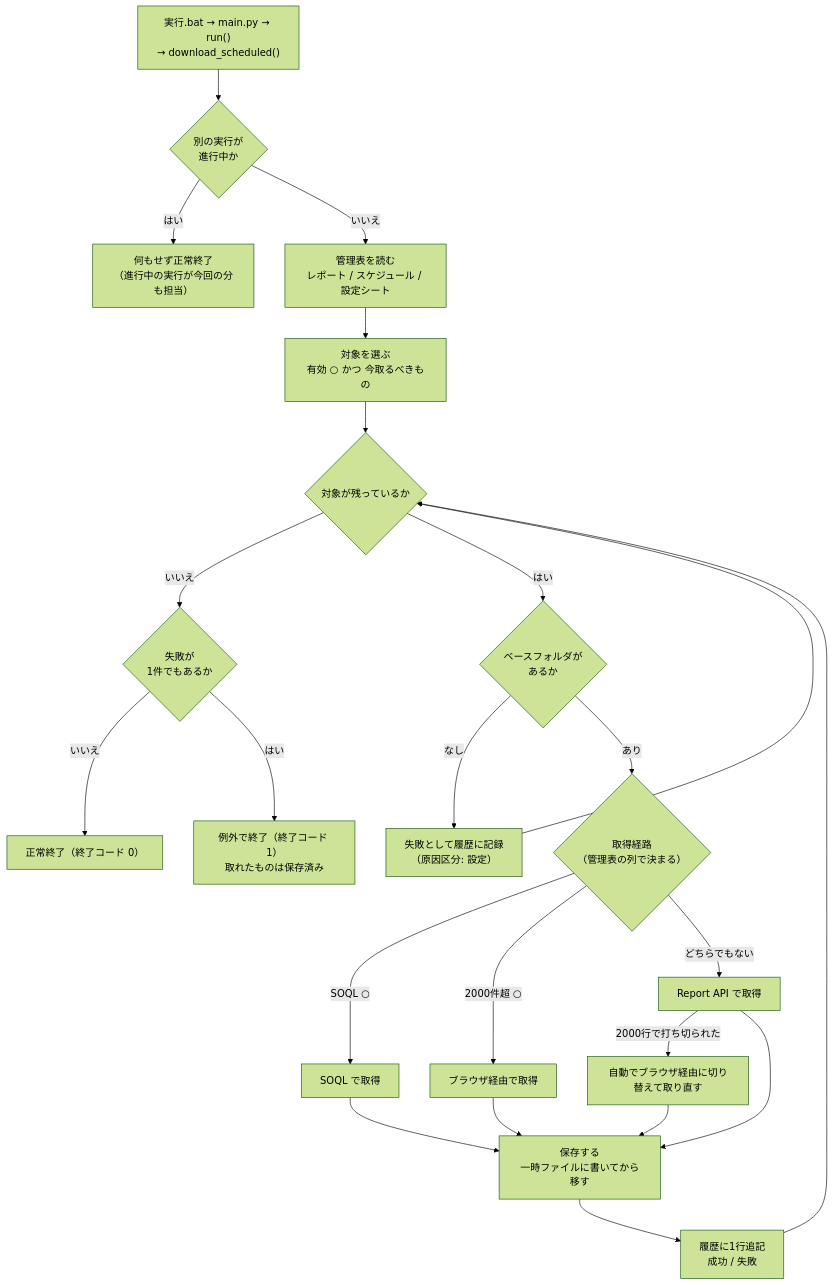
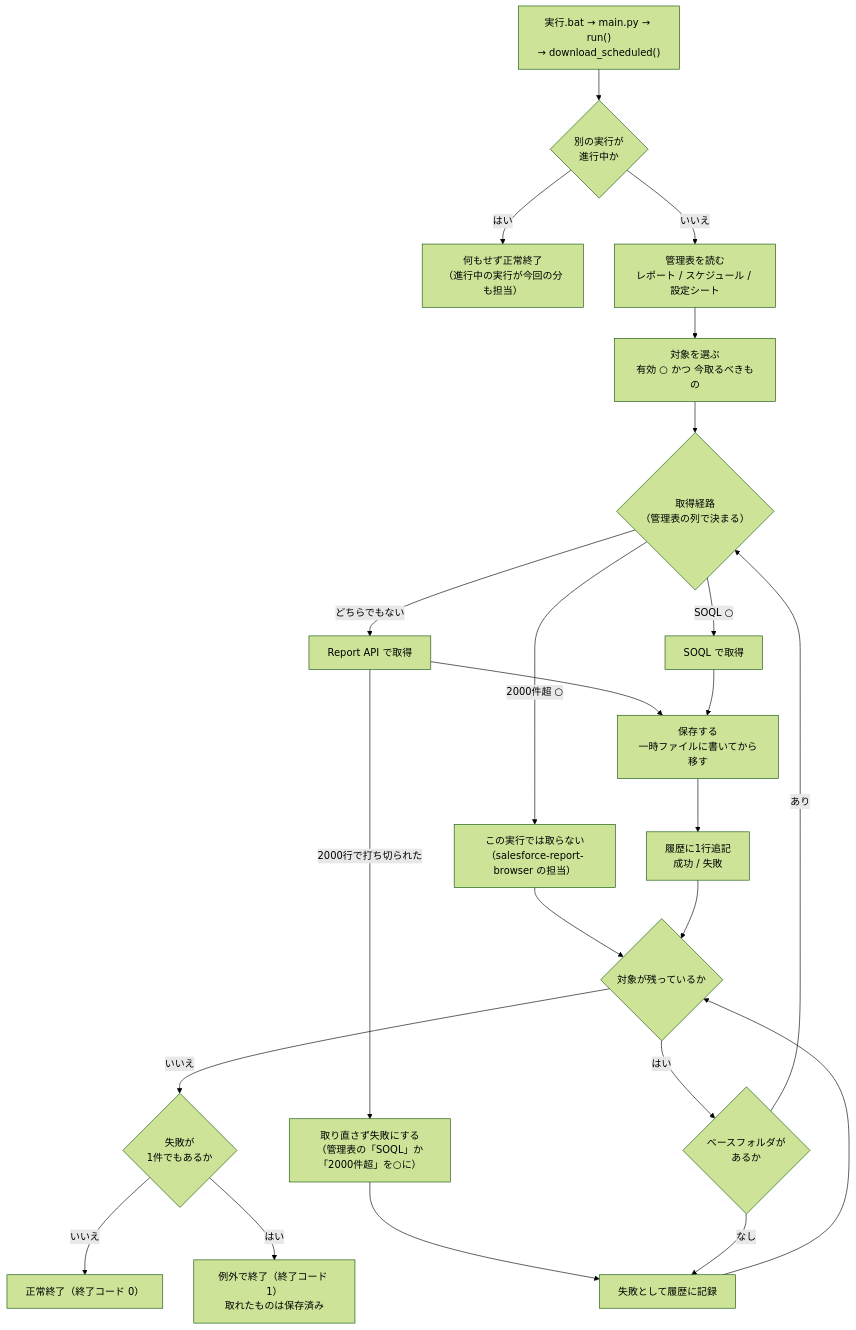
The second of 3 diagrams in docs/salesforce-downloader.md (tenniscorecom/salesforce-report-downloader), drawn with Mermaid (forest theme) before and after one commit. The commit also changed other lines of this file and 19 other files, not shown here.

````diff
--- a/docs/salesforce-downloader.md
+++ b/docs/salesforce-downloader.md
@@ -95,25 +97,25 @@
 ```mermaid
 flowchart TD
     START["実行.bat → main.py → run()<br/>→ download_scheduled()"] --> LOCK{"別の実行が<br/>進行中か"}
     LOCK -- "はい" --> SKIP["何もせず正常終了<br/>（進行中の実行が今回の分も担当）"]
     LOCK -- "いいえ" --> READ["管理表を読む<br/>レポート / スケジュール / 設定シート"]
     READ --> SELECT["対象を選ぶ<br/>有効 ○ かつ 今取るべきもの"]
-    SELECT --> LOOP{"対象が残っているか"}
+    SELECT --> ROUTE{"取得経路<br/>（管理表の列で決まる）"}
+    ROUTE -- "SOQL ○" --> SOQL["SOQL で取得"]
+    ROUTE -- "2000件超 ○" --> BSKIP["この実行では取らない<br/>（salesforce-report-browser の担当）"]
+    ROUTE -- "どちらでもない" --> API["Report API で取得"]
+    API -- "2000行で打ち切られた" --> TRUNC["取り直さず失敗にする<br/>（管理表の「SOQL」か「2000件超」を○に）"]
+    API --> SAVE
+    SOQL --> SAVE
+    TRUNC --> FAIL
+    SAVE["保存する<br/>一時ファイルに書いてから移す"] --> HIST["履歴に1行追記<br/>成功 / 失敗"]
+    FAIL["失敗として履歴に記録"] --> LOOP{"対象が残っているか"}
+    BSKIP --> LOOP
+    HIST --> LOOP
     LOOP -- "いいえ" --> FIN{"失敗が<br/>1件でもあるか"}
     LOOP -- "はい" --> FOLDER{"ベースフォルダが<br/>あるか"}
-    FOLDER -- "なし" --> FAIL["失敗として履歴に記録<br/>（原因区分: 設定）"]
-    FOLDER -- "あり" --> ROUTE{"取得経路<br/>（管理表の列で決まる）"}
-    ROUTE -- "SOQL ○" --> SOQL["SOQL で取得"]
-    ROUTE -- "2000件超 ○" --> BROWSER["ブラウザ経由で取得"]
-    ROUTE -- "どちらでもない" --> API["Report API で取得"]
-    API -- "2000行で打ち切られた" --> SWITCH["自動でブラウザ経由に切り替えて取り直す"]
-    API --> SAVE
-    SOQL --> SAVE
-    BROWSER --> SAVE
-    SWITCH --> SAVE
-    SAVE["保存する<br/>一時ファイルに書いてから移す"] --> HIST["履歴に1行追記<br/>成功 / 失敗"]
-    FAIL --> LOOP
-    HIST --> LOOP
+    FOLDER -- "なし" --> FAIL
+    FOLDER -- "あり" --> ROUTE
     FIN -- "いいえ" --> OK["正常終了（終了コード 0）"]
     FIN -- "はい" --> NG["例外で終了（終了コード 1）<br/>取れたものは保存済み"]
 ```
````
